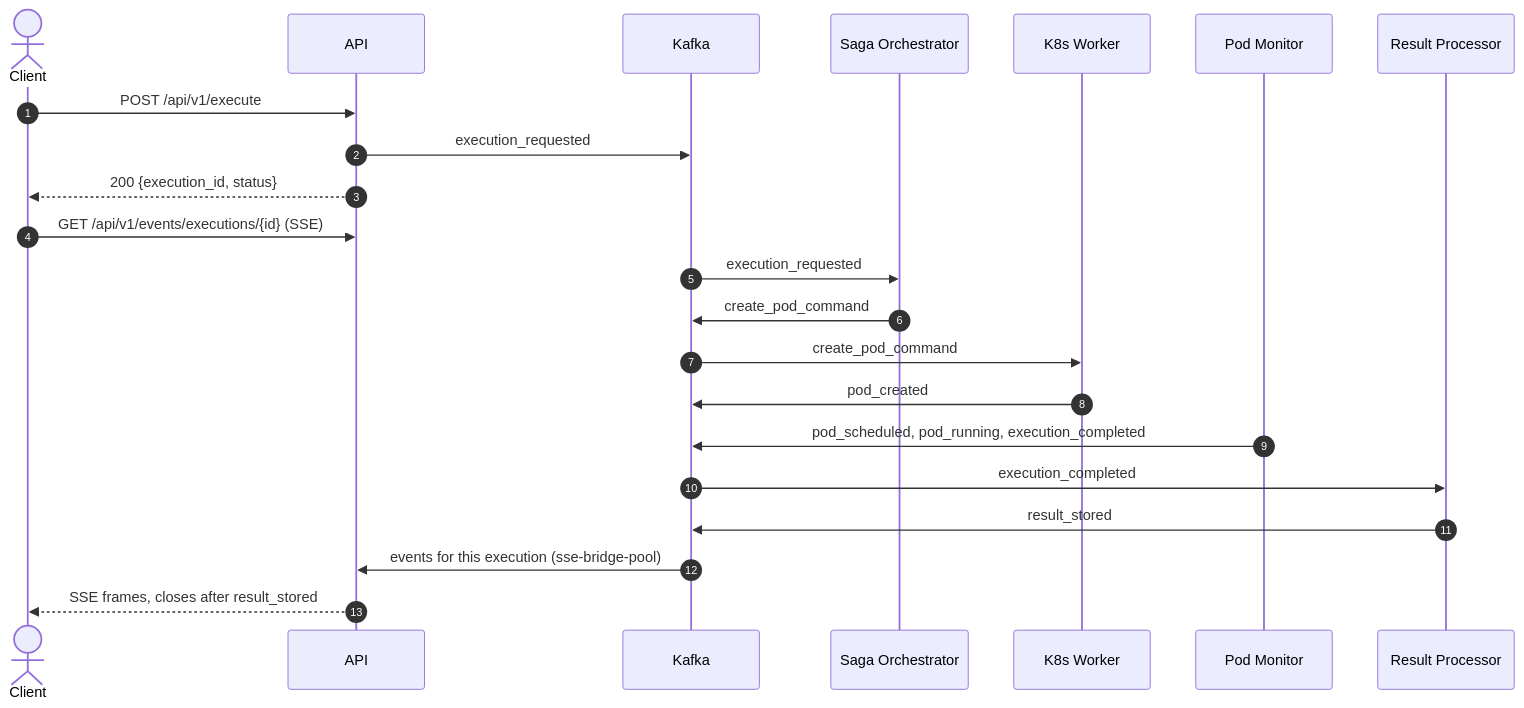
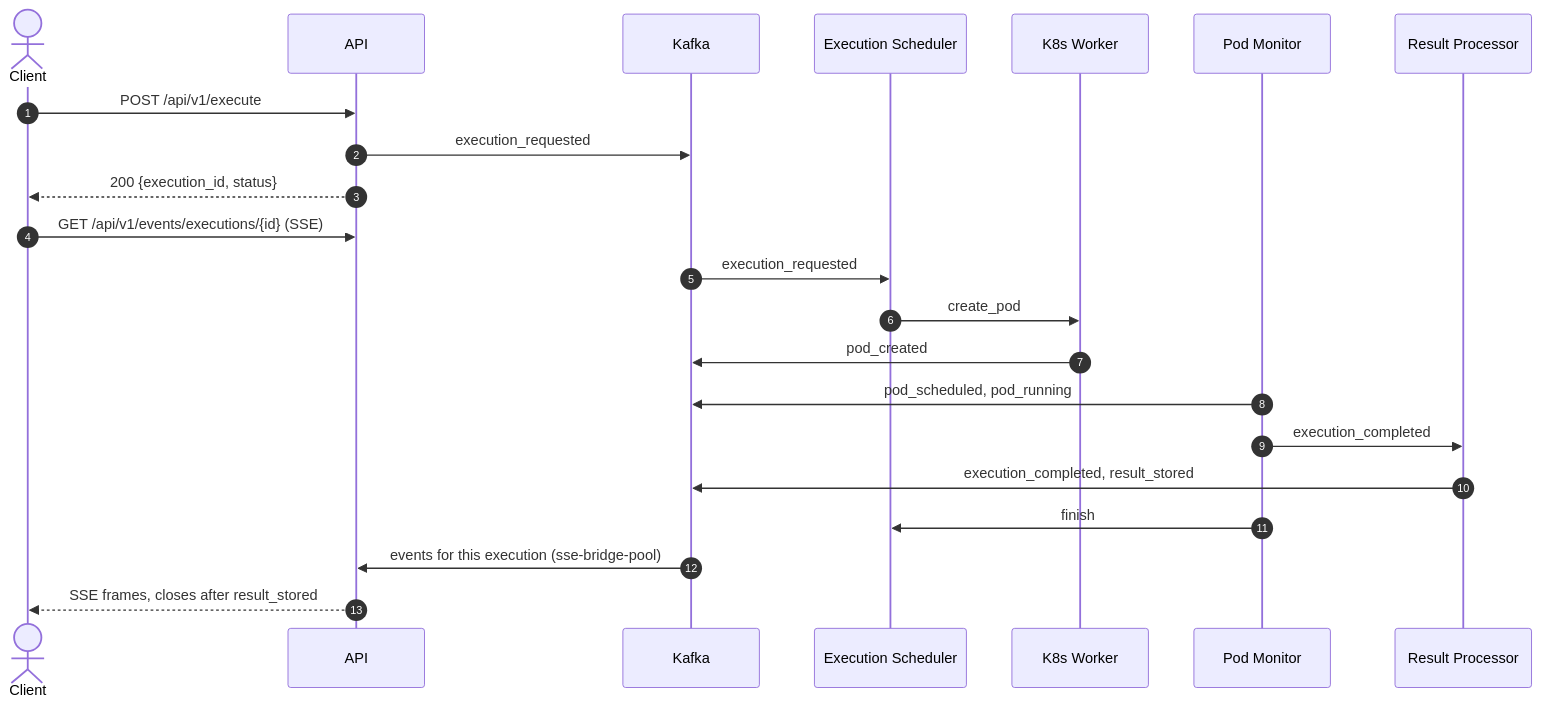
One commit to HardMax71/Integr8sCode changed the second of 4 diagrams in docs/architecture/overview.md. Above: the diagram before and after it, drawn with Mermaid. The commit also changed other lines of this file and 119 other files, not shown here.

First line of the commit message:
refactor: the worker runs executions without a saga, and cancel stops the pod (#428)

````diff
--- a/docs/architecture/overview.md
+++ b/docs/architecture/overview.md
@@ -82,30 +82,30 @@
 ```mermaid
 sequenceDiagram
     autonumber
     actor Client
     participant API
     participant Kafka
-    participant Saga as Saga Orchestrator
+    participant Sched as Execution Scheduler
     participant K8s as K8s Worker
     participant Monitor as Pod Monitor
     participant Result as Result Processor
 
     Client->>API: POST /api/v1/execute
     API->>Kafka: execution_requested
     API-->>Client: 200 {execution_id, status}
     Client->>API: GET /api/v1/events/executions/{id} (SSE)
-    Kafka->>Saga: execution_requested
-    Saga->>Kafka: create_pod_command
-    Kafka->>K8s: create_pod_command
+    Kafka->>Sched: execution_requested
+    Sched->>K8s: create_pod
     K8s->>Kafka: pod_created
-    Monitor->>Kafka: pod_scheduled, pod_running, execution_completed
-    Kafka->>Result: execution_completed
-    Result->>Kafka: result_stored
+    Monitor->>Kafka: pod_scheduled, pod_running
+    Monitor->>Result: execution_completed
+    Result->>Kafka: execution_completed, result_stored
+    Monitor->>Sched: finish
     Kafka->>API: events for this execution (sse-bridge-pool)
     API-->>Client: SSE frames, closes after result_stored
 
-    link Saga: Docs @ ../../components/workers/saga_orchestrator/
+    link Sched: Docs @ ../../components/workers/execution_scheduler/
     link K8s: Docs @ ../../components/workers/k8s_worker/
     link Monitor: Docs @ ../../components/workers/pod_monitor/
     link Result: Docs @ ../../components/workers/result_processor/
 ```
````
